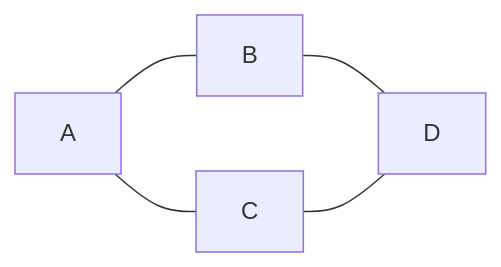
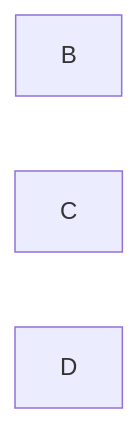
Before and after one commit to MassariFilippo/Appunti: the first of 26 diagrams in MarkDown/RicercaOperativa.md, drawn with Mermaid. The commit also changed other lines of this file, not shown here.

````diff
--- a/MarkDown/RicercaOperativa.md
+++ b/MarkDown/RicercaOperativa.md
@@ -875,7 +896,7 @@
 ```mermaid
     graph LR
-        A --- B
-        A --- C
-        B --- D
-        C --- D
+         B
+         C
+         D
+         D
 ```
````
